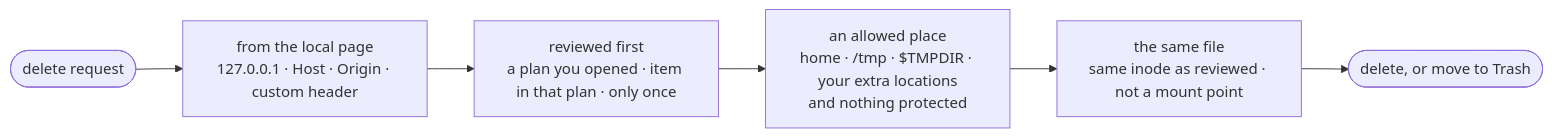
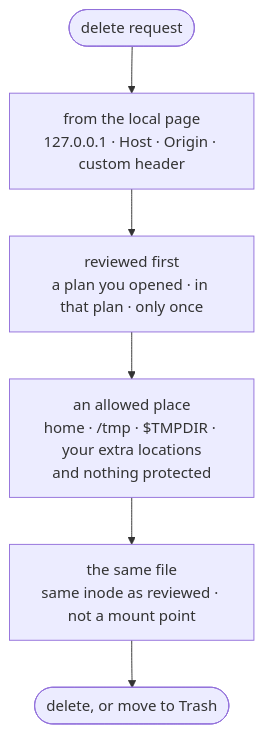
One commit to Rami-0/slop-finder changed the fourth of 5 diagrams in README.md. Above: the diagram before and after it, drawn with Mermaid. The commit also changed other lines of this file, not shown here.

First line of the commit message:
Reshape the README diagrams to read at GitHub's column width

````diff
--- a/README.md
+++ b/README.md
@@ -222,8 +222,8 @@
 ```mermaid
-flowchart LR
+flowchart TD
     req(["delete request"]) --> guard["from the local page<br/>127.0.0.1 · Host · Origin · custom header"]
-    guard --> plan["reviewed first<br/>a plan you opened · item in that plan · only once"]
+    guard --> plan["reviewed first<br/>a plan you opened · in that plan · only once"]
     plan --> where["an allowed place<br/>home · /tmp · $TMPDIR · your extra locations<br/>and nothing protected"]
     where --> same["the same file<br/>same inode as reviewed · not a mount point"]
     same --> go(["delete, or move to Trash"])
 ```
````
